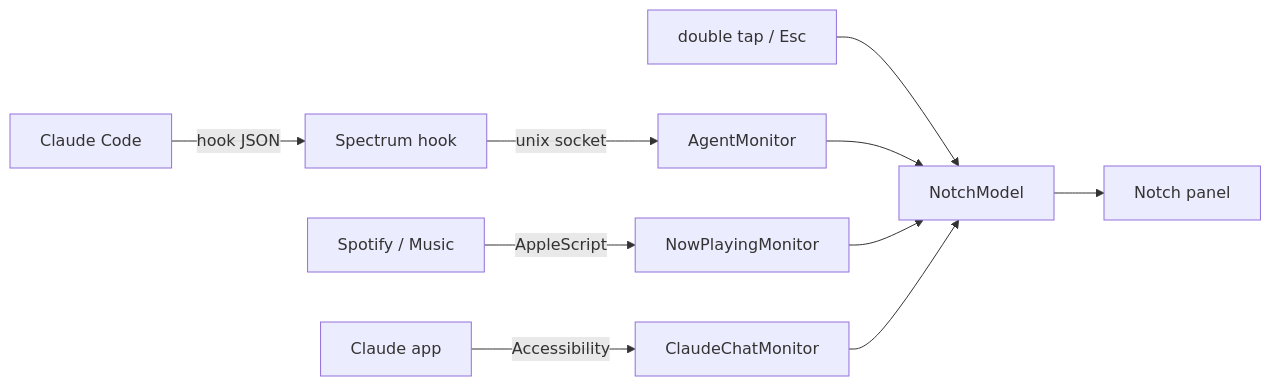
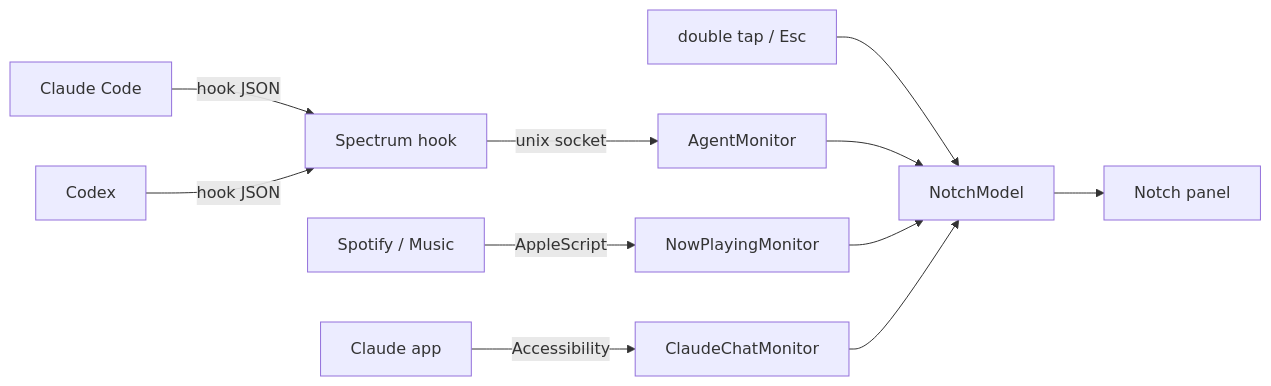
Before and after one commit to asykixd/spectrum: the diagram in README.md, drawn with Mermaid. The commit also changed other lines of this file and 21 other files, not shown here.

````diff
--- a/README.md
+++ b/README.md
@@ -147,12 +149,13 @@
 ```mermaid
 flowchart LR
     CC[Claude Code] -- hook JSON --> Hook[Spectrum hook]
+    Codex[Codex] -- hook JSON --> Hook
     Hook -- unix socket --> Agents[AgentMonitor]
     Players[Spotify / Music] -- AppleScript --> Music[NowPlayingMonitor]
     App[Claude app] -- Accessibility --> Chats[ClaudeChatMonitor]
     Keys[double tap / Esc] --> Model
     Agents --> Model[NotchModel]
     Music --> Model
     Chats --> Model
     Model --> UI[Notch panel]
 ```
````
